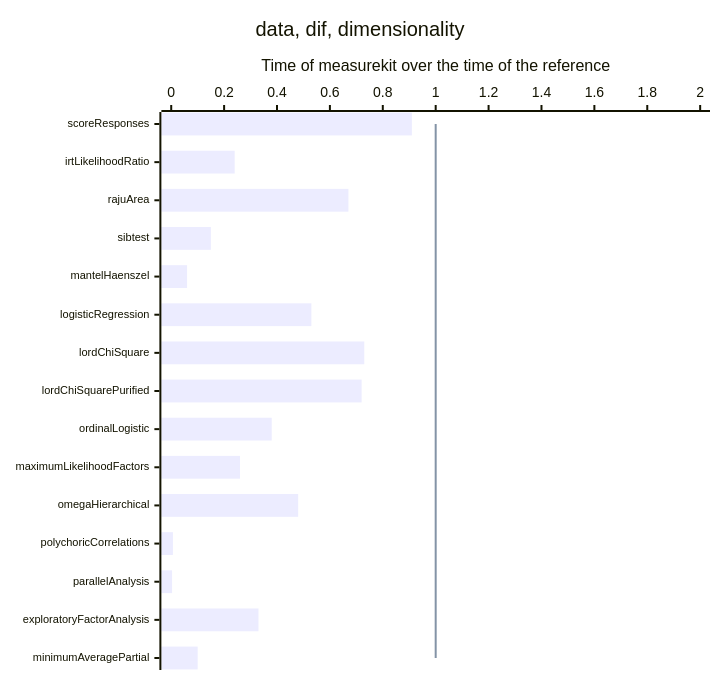
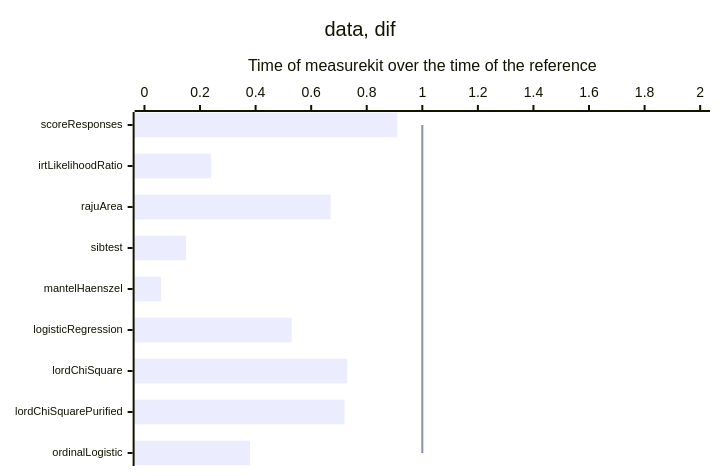
One commit to measurekit/measurekit changed the sixth of 13 diagrams in docs/psychometrics/performance.md. Above: the diagram before and after it, drawn with Mermaid. The commit also changed other lines of this file, not shown here.

````diff
--- a/docs/psychometrics/performance.md
+++ b/docs/psychometrics/performance.md
@@ -71,9 +71,9 @@
 ```mermaid
-%%{init: {"xyChart": {"height": 660, "xAxis": {"labelFontSize": 11}}}}%%
+%%{init: {"xyChart": {"height": 456, "xAxis": {"labelFontSize": 11}}}}%%
 xychart-beta horizontal
-  title "data, dif, dimensionality"
-  x-axis ["scoreResponses", "irtLikelihoodRatio", "rajuArea", "sibtest", "mantelHaenszel", "logisticRegression", "lordChiSquare", "lordChiSquarePurified", "ordinalLogistic", "maximumLikelihoodFactors", "omegaHierarchical", "polychoricCorrelations", "parallelAnalysis", "exploratoryFactorAnalysis", "minimumAveragePartial"]
+  title "data, dif"
+  x-axis ["scoreResponses", "irtLikelihoodRatio", "rajuArea", "sibtest", "mantelHaenszel", "logisticRegression", "lordChiSquare", "lordChiSquarePurified", "ordinalLogistic"]
   y-axis "Time of measurekit over the time of the reference" 0 --> 2
-  bar [0.91, 0.24, 0.67, 0.15, 0.06, 0.53, 0.73, 0.72, 0.38, 0.26, 0.48, 0.0064, 0.0032, 0.33, 0.1]
-  line [1, 1, 1, 1, 1, 1, 1, 1, 1, 1, 1, 1, 1, 1, 1]
+  bar [0.91, 0.24, 0.67, 0.15, 0.06, 0.53, 0.73, 0.72, 0.38]
+  line [1, 1, 1, 1, 1, 1, 1, 1, 1]
 ```
````
